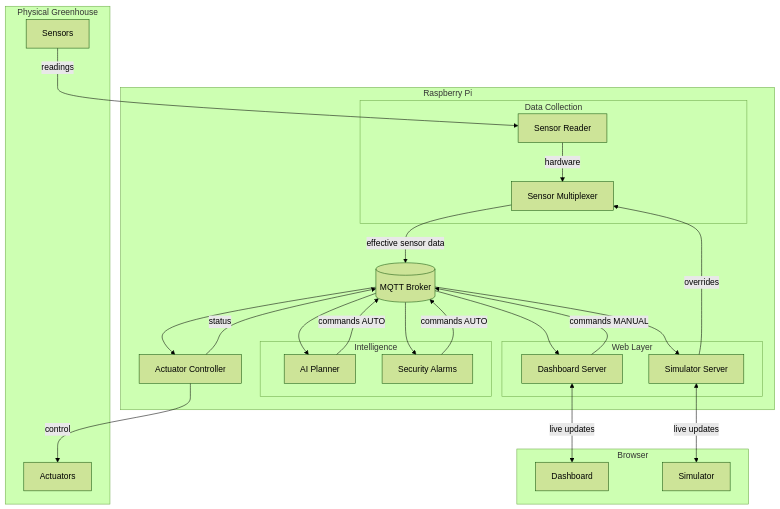
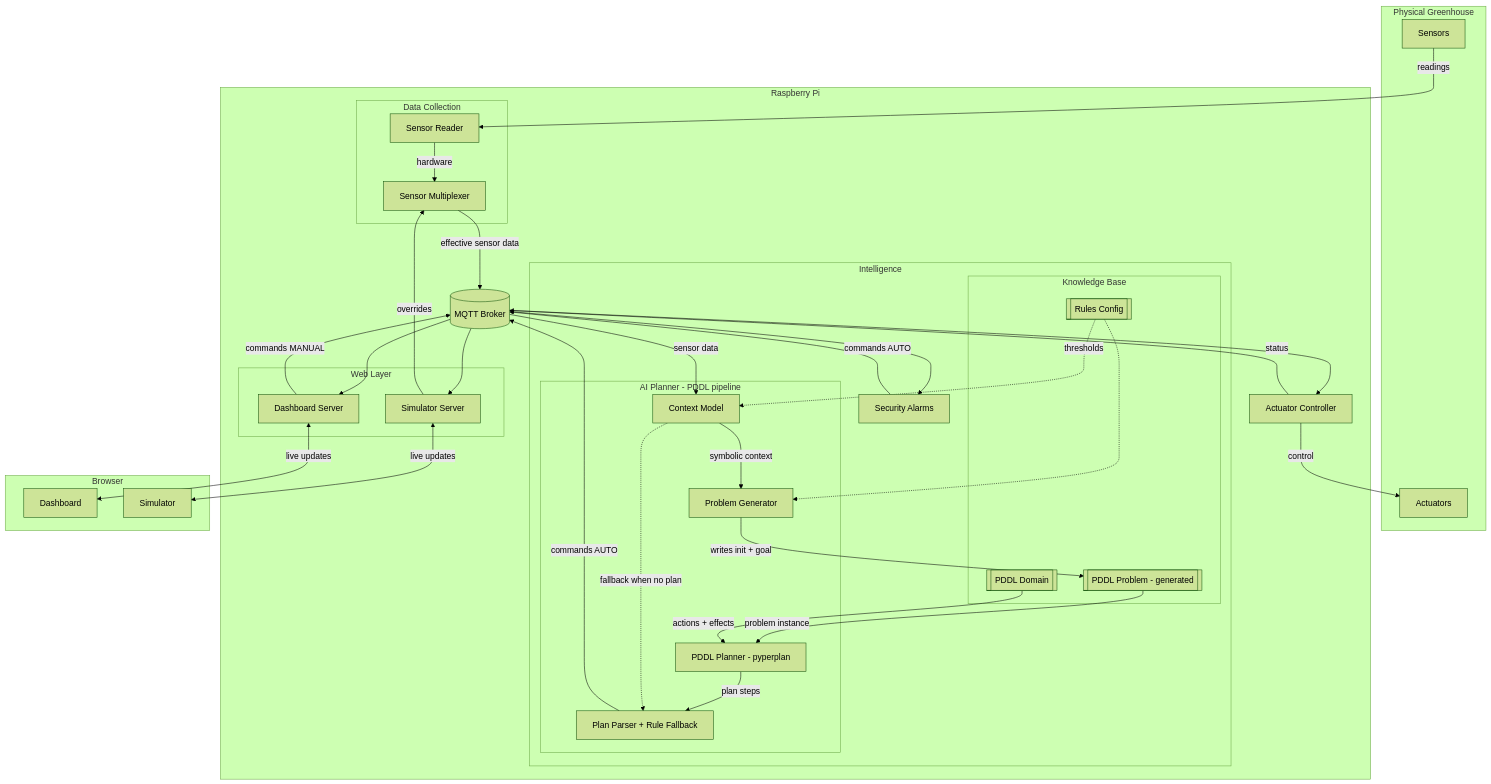
The first of 2 diagrams in README.md (VedantS73/smart-greenhouse-sciot), drawn with Mermaid (forest theme) before and after one commit. The commit also changed other lines of this file, not shown here.

````diff
--- a/README.md
+++ b/README.md
@@ -11,54 +11,81 @@
 ```mermaid
 flowchart TB
   subgraph physical [Physical Greenhouse]
     sensors[Sensors]
     actuators[Actuators]
   end
 
   subgraph pi [Raspberry Pi]
     mqtt[(MQTT Broker)]
 
     subgraph collect [Data Collection]
       sensorReader[Sensor Reader]
       sensorMux[Sensor Multiplexer]
     end
 
     subgraph intelligence [Intelligence]
-      planner[AI Planner]
+      subgraph planner [AI Planner - PDDL pipeline]
+        contextModel[Context Model]
+        problemGen[Problem Generator]
+        pddlPlanner[PDDL Planner - pyperplan]
+        planParser[Plan Parser + Rule Fallback]
+      end
+
+      subgraph kb [Knowledge Base]
+        domain[[PDDL Domain]]
+        problem[[PDDL Problem - generated]]
+        rules[[Rules Config]]
+      end
+
       security[Security Alarms]
     end
 
     actuatorCtrl[Actuator Controller]
 
     subgraph web [Web Layer]
       dashServer[Dashboard Server]
       simServer[Simulator Server]
     end
   end
 
   subgraph browser [Browser]
     dashboard[Dashboard]
     simulator[Simulator]
   end
 
+  %% sensing
   sensors -->|"readings"| sensorReader
   sensorReader -->|"hardware"| sensorMux
   simServer -->|"overrides"| sensorMux
   sensorMux -->|"effective sensor data"| mqtt
 
-  mqtt --> planner
+  %% fan-out from the bus
+  mqtt -->|"sensor data"| contextModel
   mqtt --> security
   mqtt --> dashServer
 
-  planner -->|"commands AUTO"| mqtt
+  %% PDDL planning pipeline
+  rules -.->|"thresholds"| contextModel
+  contextModel -->|"symbolic context"| problemGen
+  rules -.-> problemGen
+  problemGen -->|"writes init + goal"| problem
+  problem -->|"problem instance"| pddlPlanner
+  domain -->|"actions + effects"| pddlPlanner
+  pddlPlanner -->|"plan steps"| planParser
+  contextModel -.->|"fallback when no plan"| planParser
+  planParser -->|"commands AUTO"| mqtt
+
+  %% security + manual control
   security -->|"commands AUTO"| mqtt
   dashServer -->|"commands MANUAL"| mqtt
 
+  %% actuation
   mqtt --> actuatorCtrl
   actuatorCtrl -->|"control"| actuators
   actuatorCtrl -->|"status"| mqtt
 
+  %% web layer
   dashServer <-->|"live updates"| dashboard
   simServer <-->|"live updates"| simulator
   mqtt --> simServer
 ```
````
